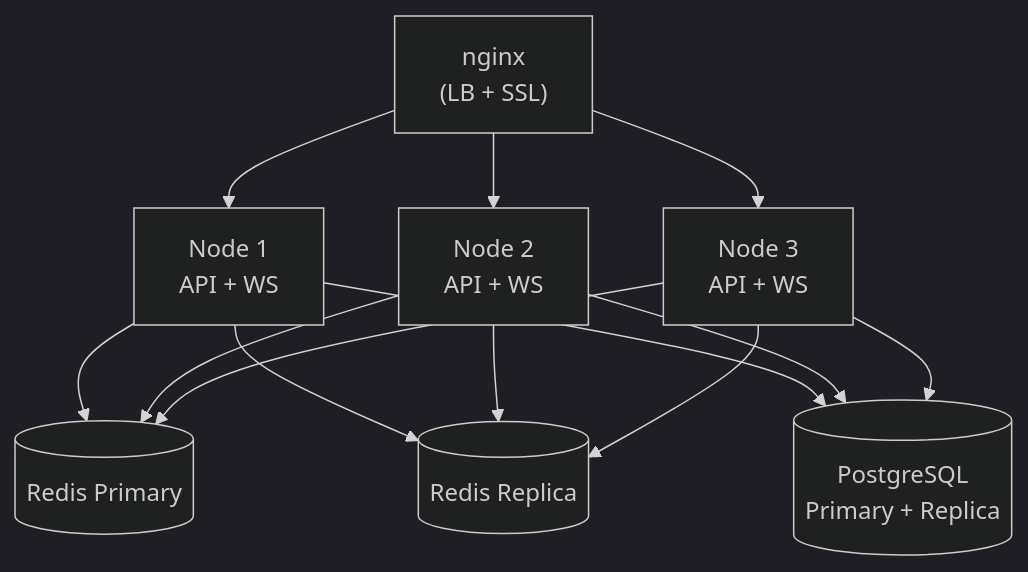
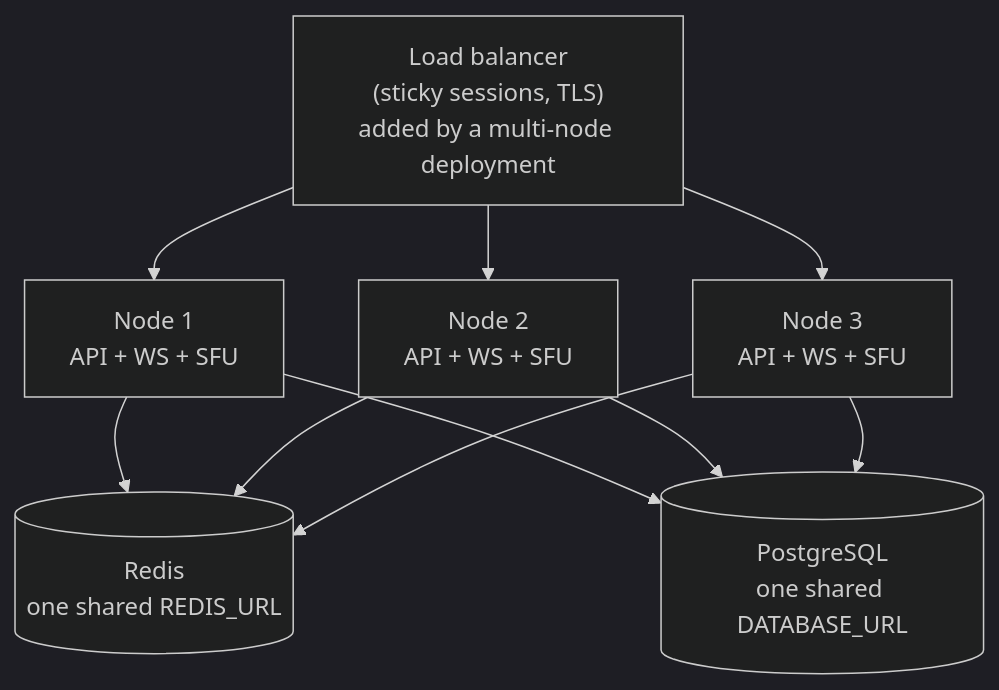
Diagram 14 of 15 in Architecture.md (Aizen93/voxium), drawn with Mermaid (dark theme) before and after one commit. The commit also changed other lines of this file and 3 other files, not shown here.

````diff
--- a/Architecture.md
+++ b/Architecture.md
@@ -1448,10 +1739,9 @@
 ```mermaid
 graph TD
-    LB["nginx<br/>(LB + SSL)"] --> N1["Node 1<br/>API + WS"]
-    LB --> N2["Node 2<br/>API + WS"]
-    LB --> N3["Node 3<br/>API + WS"]
+    LB["Load balancer<br/>(sticky sessions, TLS)<br/>added by a multi-node deployment"] --> N1["Node 1<br/>API + WS + SFU"]
+    LB --> N2["Node 2<br/>API + WS + SFU"]
+    LB --> N3["Node 3<br/>API + WS + SFU"]
 
-    N1 & N2 & N3 --> RP[("Redis Primary")]
-    N1 & N2 & N3 --> RR[("Redis Replica")]
-    N1 & N2 & N3 --> PG[("PostgreSQL<br/>Primary + Replica")]
+    N1 & N2 & N3 --> R[("Redis<br/>one shared REDIS_URL")]
+    N1 & N2 & N3 --> PG[("PostgreSQL<br/>one shared DATABASE_URL")]
 ```
````
